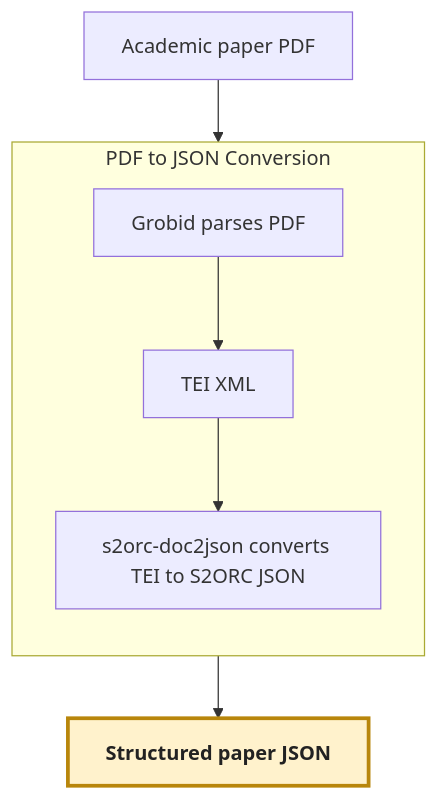
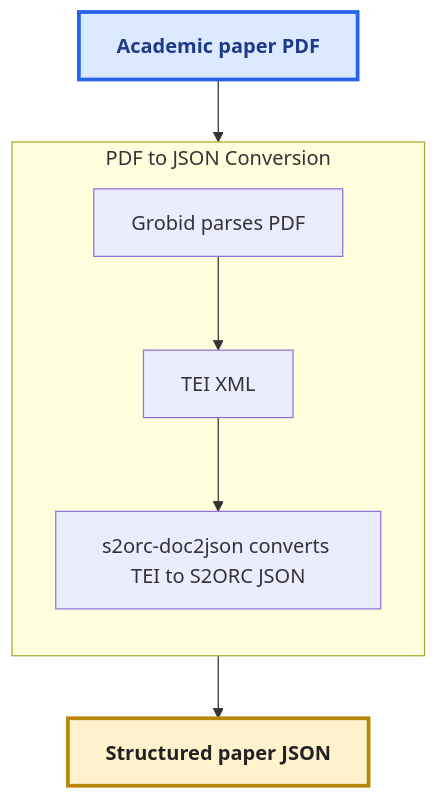
One commit to jimthompson5802/paper2code-ple changed the first of 6 diagrams in README.md. Above: the diagram before and after it, drawn with Mermaid.

Commit message:
Enhance flowchart styling in README.md for improved visual clarity and consistency

````diff
--- a/README.md
+++ b/README.md
@@ -74,13 +74,15 @@
 ```mermaid
 flowchart TB
   pdf[Academic paper PDF]
   subgraph pdf2json["PDF to JSON Conversion"]
     direction TB
      grobid[Grobid parses PDF] --> tei[TEI XML] --> convert[s2orc-doc2json converts TEI to S2ORC JSON] 
   end
   json[Structured paper JSON]
   pdf --> grobid
   convert --> json
   classDef transition fill:#fff2cc,stroke:#b8860b,stroke-width:3px,color:#222,font-weight:bold
+  classDef source fill:#dbeafe,stroke:#2563eb,stroke-width:3px,color:#1e3a8a,font-weight:bold
   class json transition
+  class pdf source
 ```
````
